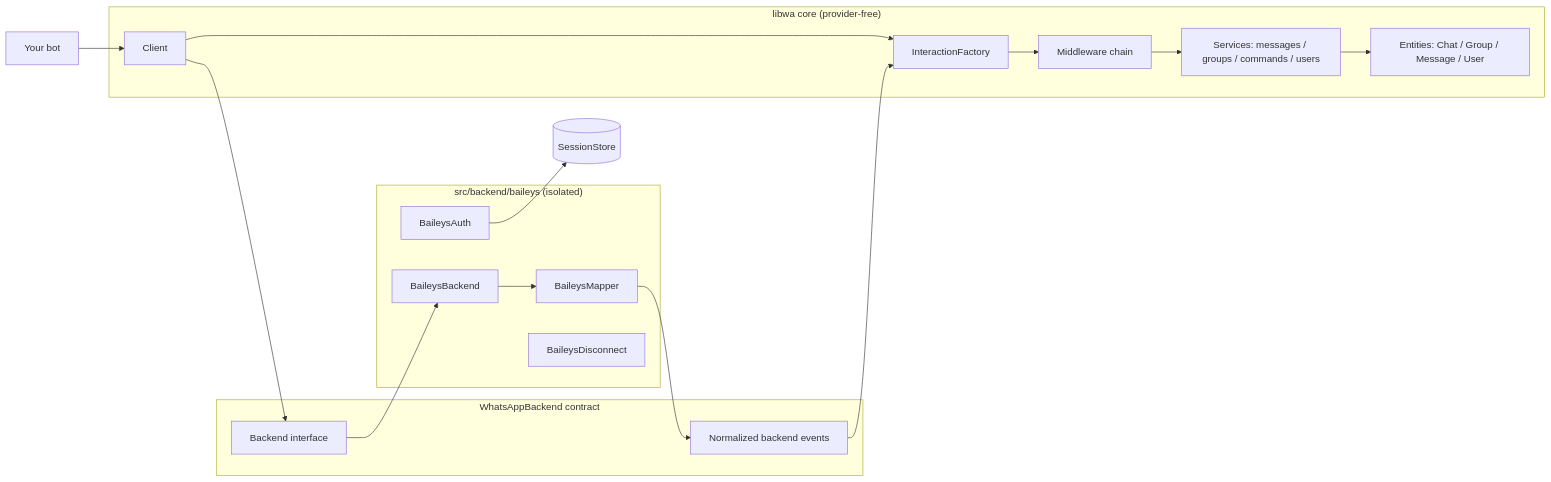
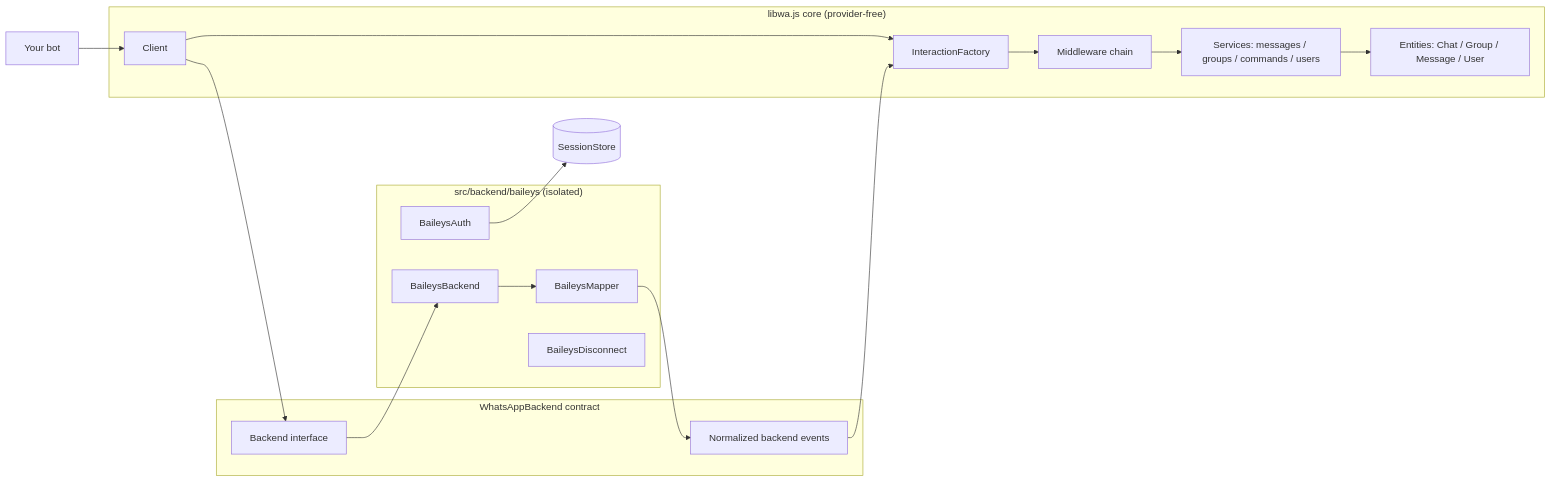
Before and after one commit to Gustavo10Destroyer/libwa-docs: the first of 2 diagrams in guide/introduction.md, drawn with Mermaid. The commit also changed other lines of this file and 82 other files, not shown here.

````diff
--- a/guide/introduction.md
+++ b/guide/introduction.md
@@ -67,30 +67,30 @@
 ```mermaid
 flowchart LR
-    subgraph Core["libwa core (provider-free)"]
+    subgraph Core["libwa.js core (provider-free)"]
         C[Client]
         F[InteractionFactory]
         M[Middleware chain]
         S[Services: messages / groups / commands / users]
         E[Entities: Chat / Group / Message / User]
         C --> F --> M --> S
         S --> E
     end
 
     subgraph Contract["WhatsAppBackend contract"]
         B[Backend interface]
         EV[Normalized backend events]
     end
 
     subgraph Provider["src/backend/baileys (isolated)"]
         BB[BaileysBackend]
         MAP[BaileysMapper]
         AUTH[BaileysAuth]
         DISC[BaileysDisconnect]
     end
 
     APP[Your bot] --> C
     BB --> MAP --> EV --> F
     C --> B
     B --> BB
     AUTH --> SS[(SessionStore)]
 ```
````
